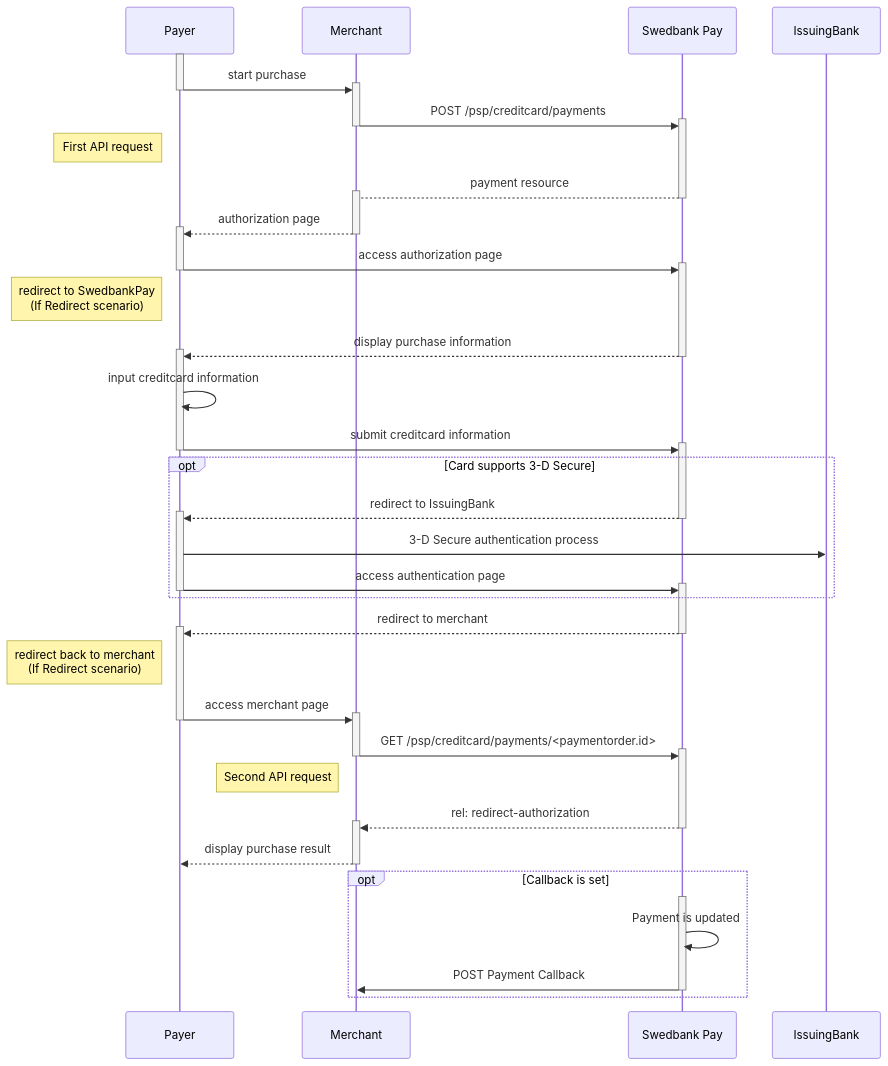
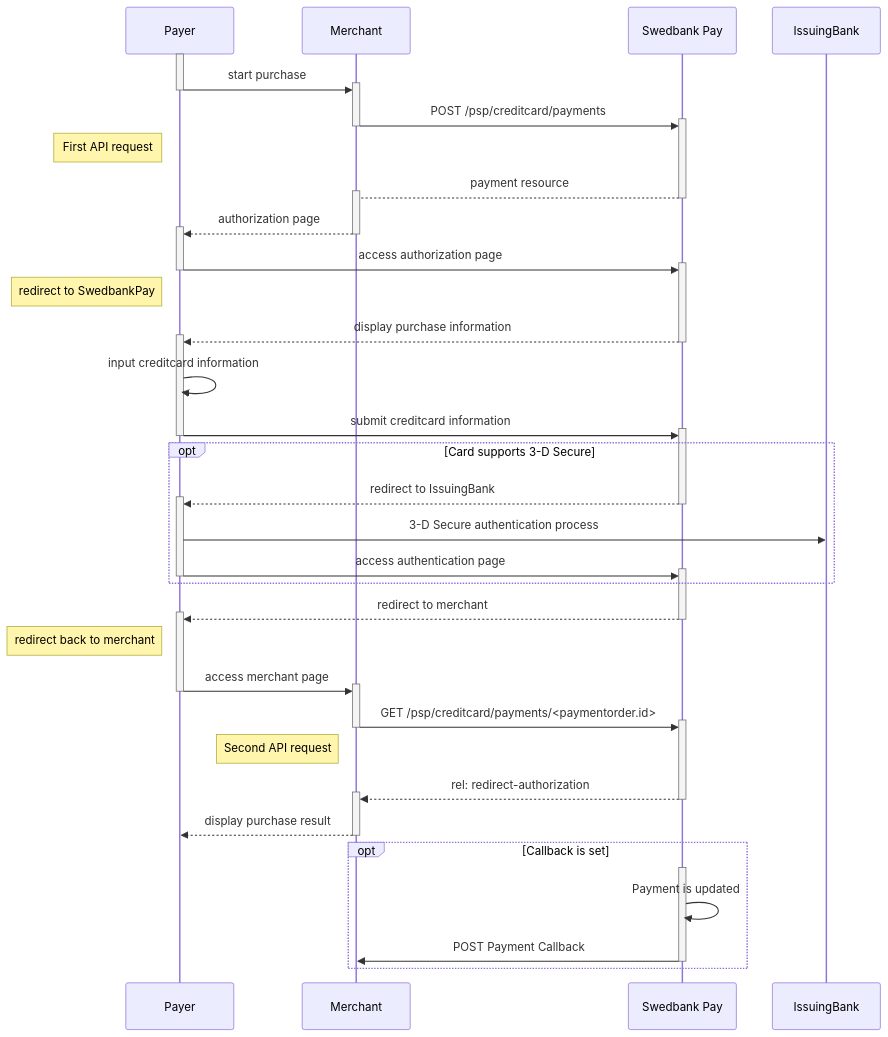
One commit to SwedbankPay/developer.swedbankpay.com changed the fourth of 4 diagrams in payments/credit-card/redirect.md. Above: the diagram before and after it, drawn with Mermaid. The commit also changed other lines of this file, not shown here.

Commit message:
DX-384 updated diagram under Purchase Flow Mobile and the diagram for the general Redirect flow

````diff
--- a/payments/credit-card/redirect.md
+++ b/payments/credit-card/redirect.md
@@ -144,54 +320,54 @@
 ```mermaid
 sequenceDiagram
     participant Payer
     participant Merchant
     participant SwedbankPay as Swedbank Pay
 
   activate Payer
   Payer->>+Merchant: start purchase
   deactivate Payer
   Merchant->>+SwedbankPay: POST /psp/creditcard/payments
   deactivate Merchant
   note left of Payer: First API request
   SwedbankPay-->+Merchant: payment resource
   deactivate SwedbankPay
   Merchant-->>+Payer: authorization page
   deactivate Merchant
   Payer->>+SwedbankPay: access authorization page
   deactivate Payer
-  note left of Payer: redirect to SwedbankPay<br>(If Redirect scenario)
+  note left of Payer: redirect to SwedbankPay
   SwedbankPay-->>+Payer: display purchase information
   deactivate SwedbankPay
 
   Payer->>Payer: input creditcard information
   Payer->>+SwedbankPay: submit creditcard information
   deactivate Payer
   opt Card supports 3-D Secure
     SwedbankPay-->>+Payer: redirect to IssuingBank
     deactivate SwedbankPay
     Payer->>IssuingBank: 3-D Secure authentication process
     Payer->>+SwedbankPay: access authentication page
     deactivate Payer
   end
   
   SwedbankPay-->>+Payer: redirect to merchant
   deactivate SwedbankPay
-  note left of Payer: redirect back to merchant<br>(If Redirect scenario)
+  note left of Payer: redirect back to merchant
   
   Payer->>+Merchant: access merchant page
   deactivate Payer
   Merchant->>+SwedbankPay: GET /psp/creditcard/payments/<paymentorder.id>
   deactivate Merchant
   note left of Merchant: Second API request
   SwedbankPay-->>+Merchant: rel: redirect-authorization
   deactivate SwedbankPay
   Merchant-->>Payer: display purchase result
   deactivate Merchant
 
   opt Callback is set
     activate SwedbankPay
     SwedbankPay->>SwedbankPay: Payment is updated
     SwedbankPay->>Merchant: POST Payment Callback
     deactivate SwedbankPay
   end
 ```
````
